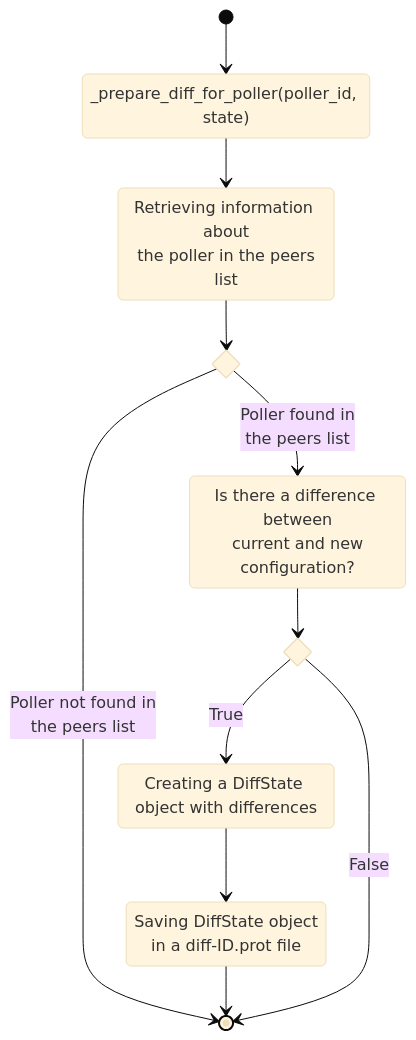
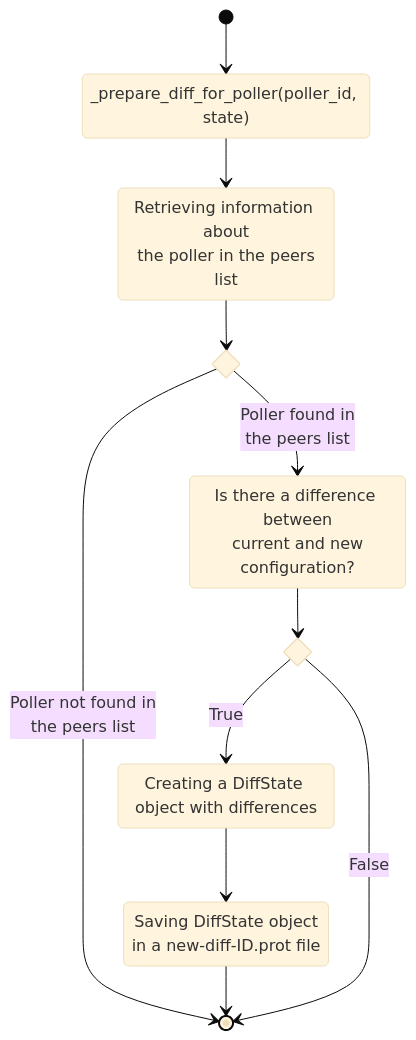
One commit to centreon/centreon-collect changed the fifth of 13 diagrams in doc/nego-engine-broker/02-configuration-delivery-en.md. Above: the diagram before and after it, drawn with Mermaid (base theme). The commit also changed other lines of this file and 7 other files, not shown here.

````diff
--- a/doc/nego-engine-broker/02-configuration-delivery-en.md
+++ b/doc/nego-engine-broker/02-configuration-delivery-en.md
@@ -325,20 +308,20 @@
 ```mermaid
 stateDiagram-v2
     prepare_diff_poller: _prepare_diff_for_poller(poller_id, state)
     [*] --> prepare_diff_poller
     recup_poller_in_peers: Retrieving information about<br/> the poller in the peers list
     state si_pas_trouve <<choice>>
     recup_poller_in_peers --> si_pas_trouve
     prepare_diff_poller --> recup_poller_in_peers
     si_pas_trouve --> [*]: Poller not found in<br/> the peers list
     comparaison: Is there a difference between<br/> current and new configuration?
     si_pas_trouve --> comparaison: Poller found in<br/> the peers list
     state si_differe <<choice>>
     comparaison --> si_differe
     create_diff: Creating a DiffState object with differences
     si_differe --> create_diff: True
-    sauv_diff: Saving DiffState object<br/> in a diff-ID.prot file
+    sauv_diff: Saving DiffState object<br/> in a new-diff-ID.prot file
     create_diff --> sauv_diff
     sauv_diff --> [*]
     si_differe --> [*]: False
 ```
````
